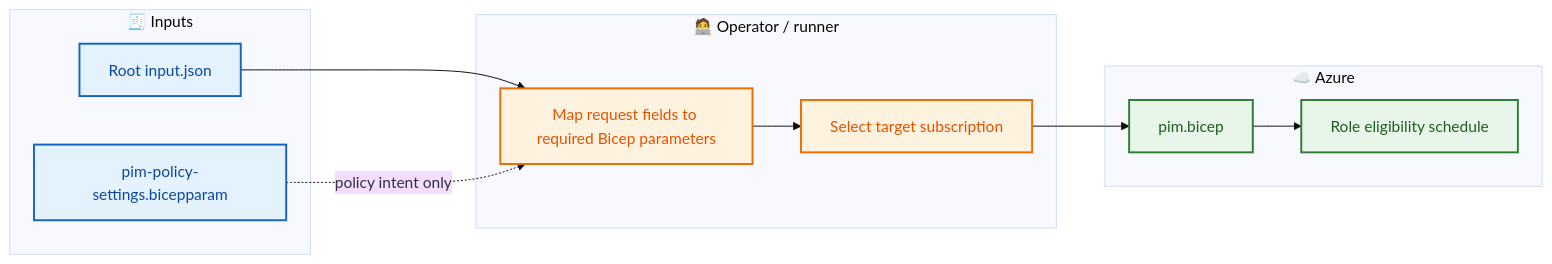
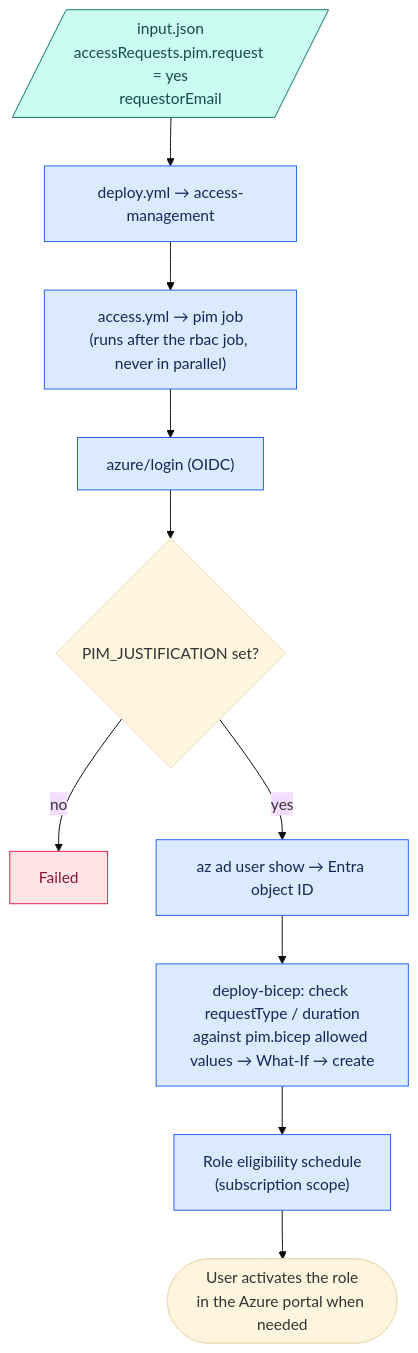
One commit to PROMETHEUS-N/pike-infra-eaas-new changed the diagram in modules/access/pim/README.md. Above: the diagram before and after it, drawn with Mermaid (base theme). The commit also changed other lines of this file and 17 other files, not shown here.

````diff
--- a/modules/access/pim/README.md
+++ b/modules/access/pim/README.md
@@ -50,25 +31,19 @@
 ```mermaid
-flowchart LR
-  subgraph Inputs["🧾 Inputs"]
-    JSON[Root input.json]
-    PARAMS[pim-policy-settings.bicepparam]
-  end
-  subgraph Operator["🧑‍💻 Operator / runner"]
-    MAP[Map request fields to required Bicep parameters]
-    SUB[Select target subscription]
-  end
-  subgraph Azure["☁️ Azure"]
-    BICEP[pim.bicep]
-    ELIG[Role eligibility schedule]
-  end
-  JSON --> MAP
-  PARAMS -. policy intent only .-> MAP
-  MAP --> SUB --> BICEP --> ELIG
+flowchart TD
+    IN[/"input.json<br/>accessRequests.pim.request = yes<br/>requestorEmail"/] --> DEP["deploy.yml → access-management"]
+    DEP --> JOB["access.yml → pim job<br/>(runs after the rbac job, never in parallel)"]
+    JOB --> LOGIN["azure/login (OIDC)"]
+    LOGIN --> CHK{"PIM_JUSTIFICATION set?"}
+    CHK -- "no" --> F1["Failed"]
+    CHK -- "yes" --> RES["az ad user show → Entra object ID"]
+    RES --> DEPLOY["deploy-bicep: check requestType / duration<br/>against pim.bicep allowed values → What-If → create"]
+    DEPLOY --> ELIG["Role eligibility schedule<br/>(subscription scope)"]
+    ELIG --> USER(["User activates the role<br/>in the Azure portal when needed"])
 
-  classDef input fill:#E3F2FD,stroke:#1565C0,color:#0D47A1,stroke-width:2px;
-  classDef ops fill:#FFF3E0,stroke:#EF6C00,color:#E65100,stroke-width:2px;
-  classDef cloud fill:#E8F5E9,stroke:#2E7D32,color:#1B5E20,stroke-width:2px;
-  class JSON,PARAMS input;
-  class MAP,SUB ops;
-  class BICEP,ELIG cloud;
+    classDef io fill:#ccfbf1,stroke:#0f766e,color:#134e4a
+    classDef step fill:#dbeafe,stroke:#2563eb,color:#172554
+    classDef bad fill:#ffe4e6,stroke:#e11d48,color:#881337
+    class IN io
+    class DEP,JOB,LOGIN,RES,DEPLOY,ELIG step
+    class F1 bad
 ```
````
